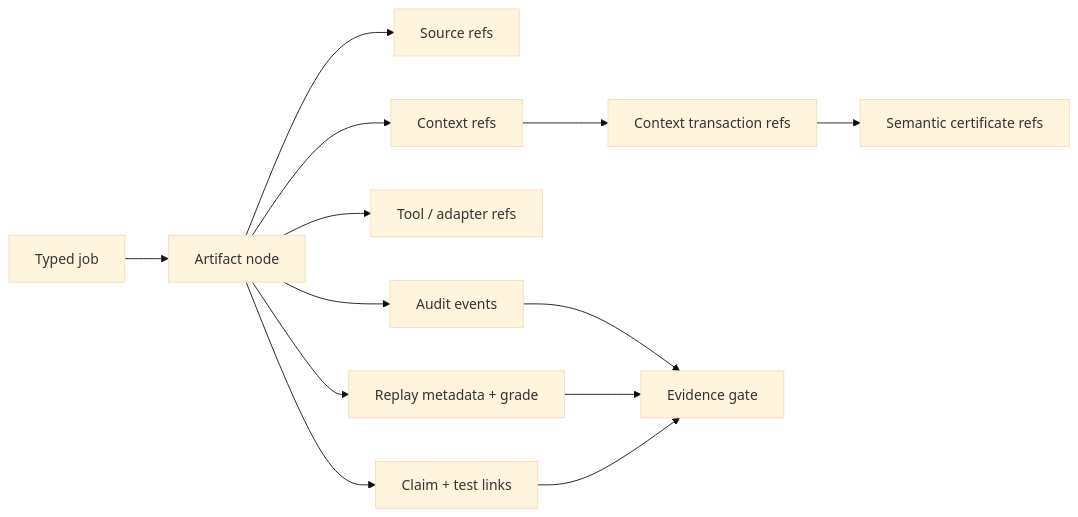
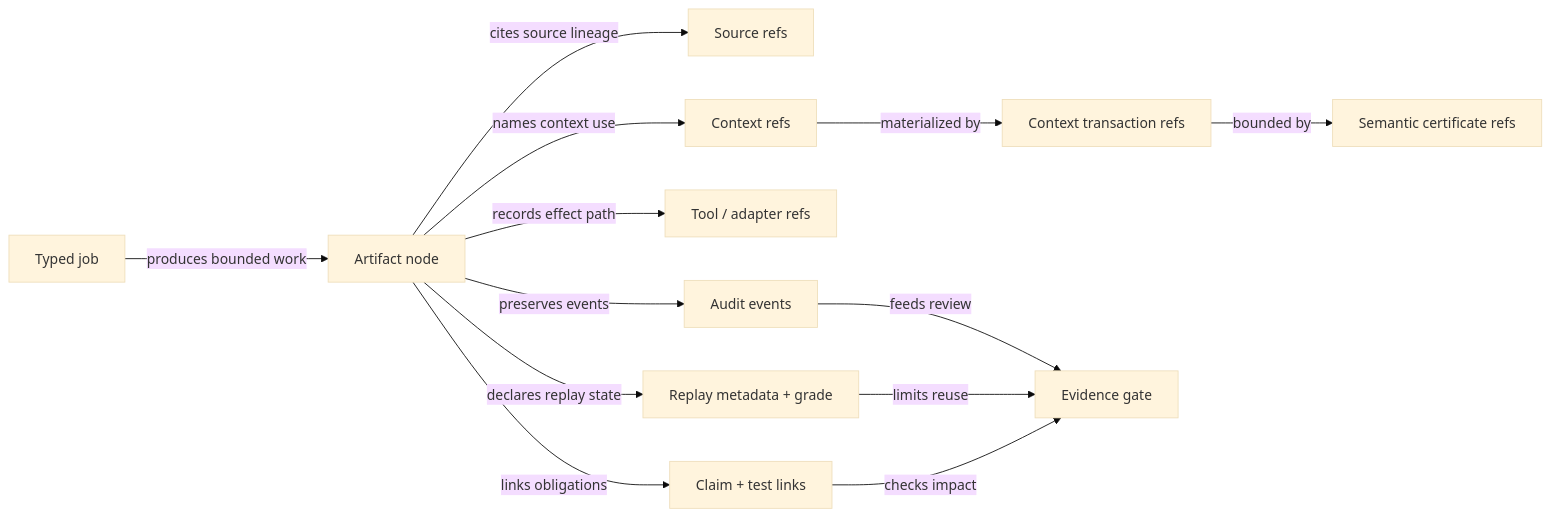
One commit to corbensorenson/asi-stack-book changed the diagram in chapters/artifact-graphs-audit-logs-and-replay.qmd. Above: the diagram before and after it, drawn with Mermaid (base theme). The commit also changed 23 other files, not shown here.

Commit message:
Clarify source appendices and diagram transitions

````diff
--- a/chapters/artifact-graphs-audit-logs-and-replay.qmd
+++ b/chapters/artifact-graphs-audit-logs-and-replay.qmd
@@ -104,15 +104,15 @@
 ```{mermaid}
 flowchart LR
-  A["Typed job"] --> B["Artifact node"]
-  B --> C["Source refs"]
-  B --> D["Context refs"]
-  D --> E["Context transaction refs"]
-  E --> F["Semantic certificate refs"]
-  B --> G["Tool / adapter refs"]
-  B --> H["Audit events"]
-  B --> I["Replay metadata + grade"]
-  B --> J["Claim + test links"]
-  H --> K["Evidence gate"]
-  I --> K
-  J --> K
+  A["Typed job"] -- "produces bounded work" --> B["Artifact node"]
+  B -- "cites source lineage" --> C["Source refs"]
+  B -- "names context use" --> D["Context refs"]
+  D -- "materialized by" --> E["Context transaction refs"]
+  E -- "bounded by" --> F["Semantic certificate refs"]
+  B -- "records effect path" --> G["Tool / adapter refs"]
+  B -- "preserves events" --> H["Audit events"]
+  B -- "declares replay state" --> I["Replay metadata + grade"]
+  B -- "links obligations" --> J["Claim + test links"]
+  H -- "feeds review" --> K["Evidence gate"]
+  I -- "limits reuse" --> K
+  J -- "checks impact" --> K
 ```
````
